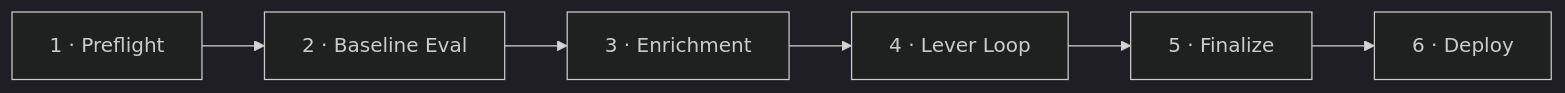
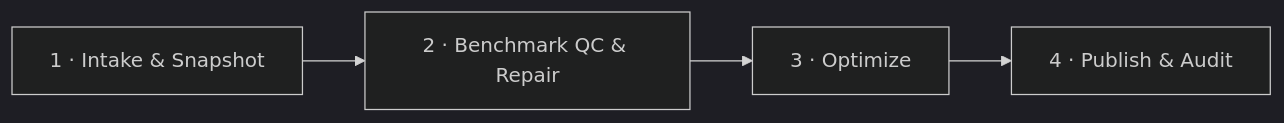
The first of 2 diagrams in docs/docs/features/auto-optimize.md (databricks-solutions/databricks-genie-workbench), drawn with Mermaid (dark theme) before and after one commit. The commit also changed other lines of this file and 1068 other files, not shown here.

````diff
--- a/docs/docs/features/auto-optimize.md
+++ b/docs/docs/features/auto-optimize.md
@@ -18,8 +16,6 @@
 ```mermaid
 flowchart LR
-    p1["1 · Preflight"] --> p2["2 · Baseline Eval"]
-    p2 --> p3["3 · Enrichment"]
-    p3 --> p4["4 · Lever Loop"]
-    p4 --> p5["5 · Finalize"]
-    p5 --> p6["6 · Deploy"]
+    intake["1 · Intake & Snapshot"] --> qc["2 · Benchmark QC & Repair"]
+    qc --> optimize["3 · Optimize"]
+    optimize --> publish["4 · Publish & Audit"]
 ```
````
